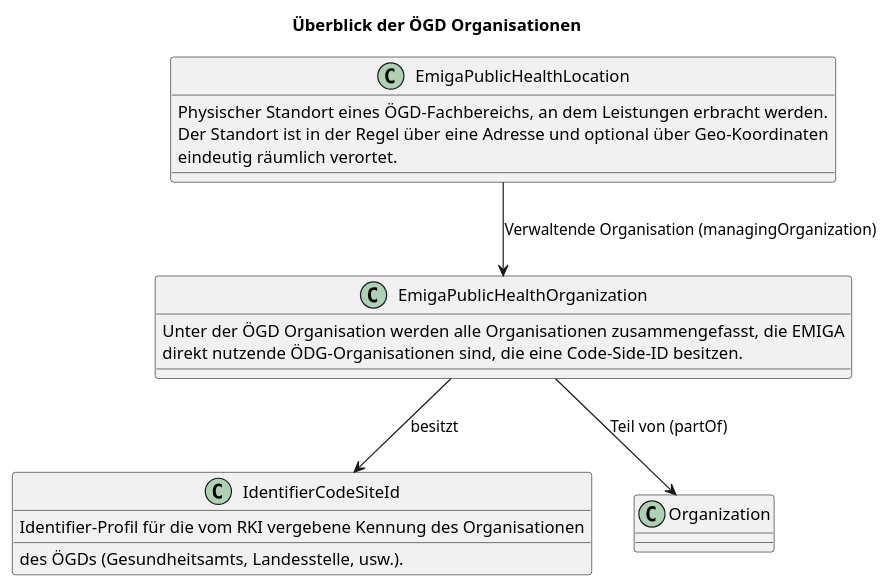
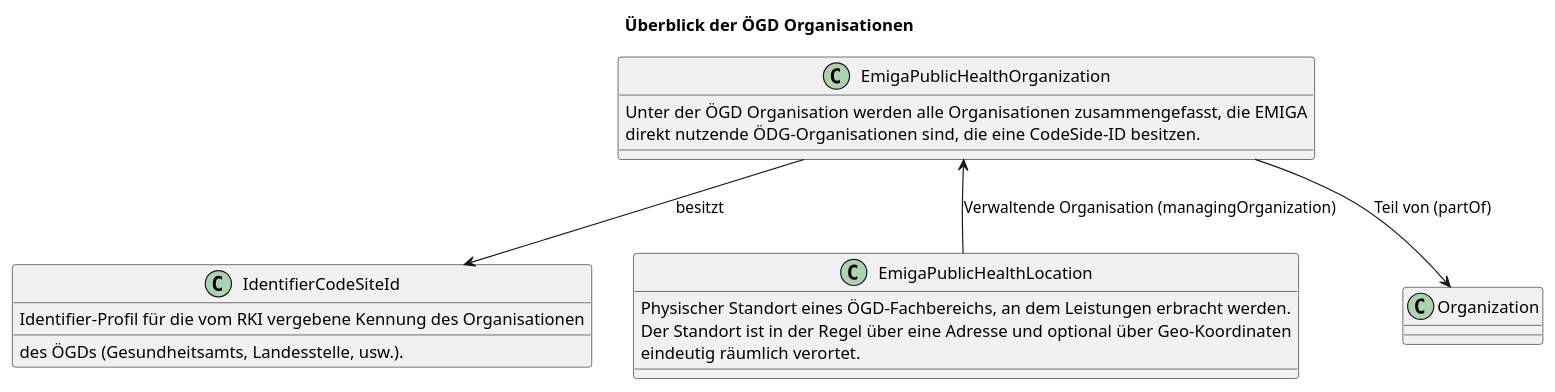
One commit to robert-koch-institut/rki.emiga.vzd changed the diagram in rki.emiga.vzd/guides/implementationguides.vzd/PlantUML/OEGDOverview.puml. Above: the diagram before and after it, drawn with PlantUML. The commit also changed 7 other files, not shown here.

```diff
--- a/rki.emiga.vzd/guides/implementationguides.vzd/PlantUML/OEGDOverview.puml
+++ b/rki.emiga.vzd/guides/implementationguides.vzd/PlantUML/OEGDOverview.puml
@@ -1,24 +1,25 @@
 @startuml
 title Überblick der ÖGD Organisationen
 
-
+class EmigaPublicHealthOrganization{
+Unter der ÖGD Organisation werden alle Organisationen zusammengefasst, die EMIGA
+direkt nutzende ÖDG-Organisationen sind, die eine CodeSide-ID besitzen.
+}
+class IdentifierCodeSiteId{
+Identifier-Profil für die vom RKI vergebene Kennung des Organisationen
+des ÖGDs (Gesundheitsamts, Landesstelle, usw.).
+}
 class EmigaPublicHealthLocation{
 Physischer Standort eines ÖGD-Fachbereichs, an dem Leistungen erbracht werden. 
 Der Standort ist in der Regel über eine Adresse und optional über Geo-Koordinaten
 eindeutig räumlich verortet.
 }
-class EmigaPublicHealthOrganization{
-Unter der ÖGD Organisation werden alle Organisationen zusammengefasst, die EMIGA
-direkt nutzende ÖDG-Organisationen sind, die eine Code-Side-ID besitzen.
-}
-class IdentifierCodeSiteId{
-Identifier-Profil für die vom RKI vergebene Kennung des Organisationen
-des ÖGDs (Gesundheitsamts, Landesstelle, usw.).
-}
 
-' To Do: was ist mit den Extensions?
+EmigaPublicHealthOrganization --> Organization : Teil von (partOf)
+EmigaPublicHealthLocation --> EmigaPublicHealthOrganization : Verwaltende Organisation (managingOrganization)
+EmigaPublicHealthOrganization --> IdentifierCodeSiteId : besitzt
 
-EmigaPublicHealthOrganization--> Organization: Teil von (partOf)
-EmigaPublicHealthLocation--> EmigaPublicHealthOrganization : Verwaltende Organisation (managingOrganization)
-EmigaPublicHealthOrganization--> IdentifierCodeSiteId : besitzt
+Organization -[hidden]down- EmigaPublicHealthOrganization
+EmigaPublicHealthOrganization -[hidden]down- EmigaPublicHealthLocation
+
 @enduml
```
